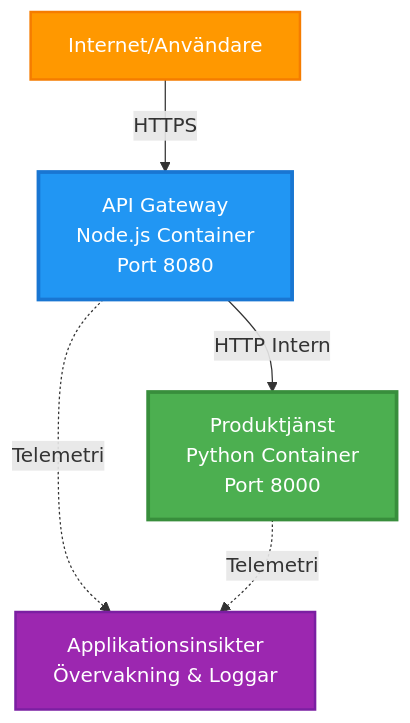
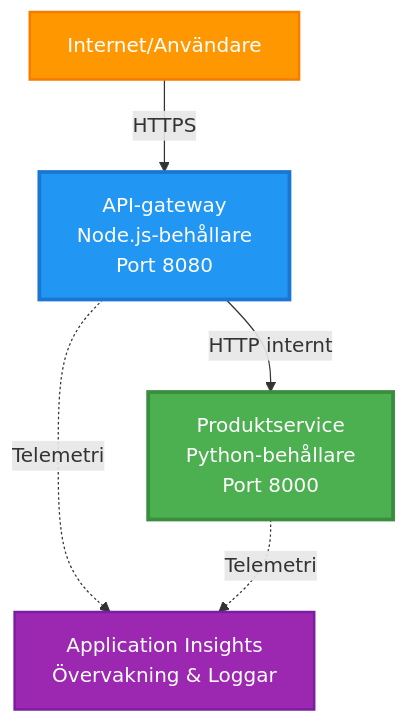
One commit to microsoft/AZD-for-beginners changed the first of 4 diagrams in translations/sv/examples/microservices/README.md. Above: the diagram before and after it, drawn with Mermaid. The commit also changed other lines of this file and 242 other files, not shown here.

````diff
--- a/translations/sv/examples/microservices/README.md
+++ b/translations/sv/examples/microservices/README.md
@@ -40,17 +31,17 @@
 ```mermaid
 graph TB
     Internet[Internet/Användare]
-    Gateway[API Gateway<br/>Node.js Container<br/>Port 8080]
-    Product[Produktjänst<br/>Python Container<br/>Port 8000]
-    AppInsights[Applikationsinsikter<br/>Övervakning & Loggar]
+    Gateway[API-gateway<br/>Node.js-behållare<br/>Port 8080]
+    Product[Produktservice<br/>Python-behållare<br/>Port 8000]
+    AppInsights[Application Insights<br/>Övervakning & Loggar]
     
     Internet -->|HTTPS| Gateway
-    Gateway -->|HTTP Intern| Product
+    Gateway -->|HTTP internt| Product
     Gateway -.->|Telemetri| AppInsights
     Product -.->|Telemetri| AppInsights
     
     style Gateway fill:#2196F3,stroke:#1976D2,stroke-width:3px,color:#fff
     style Product fill:#4CAF50,stroke:#388E3C,stroke-width:3px,color:#fff
     style Internet fill:#FF9800,stroke:#F57C00,stroke-width:2px,color:#fff
     style AppInsights fill:#9C27B0,stroke:#7B1FA2,stroke-width:2px,color:#fff
 ```
````
